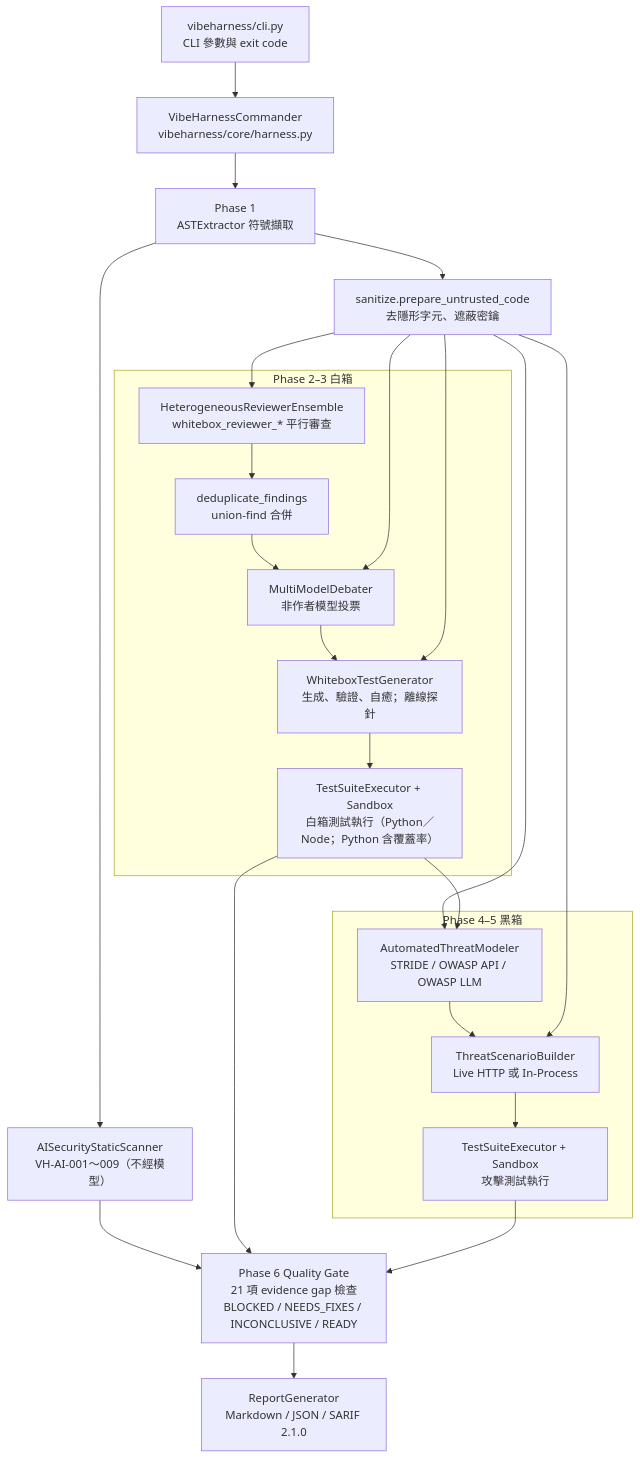
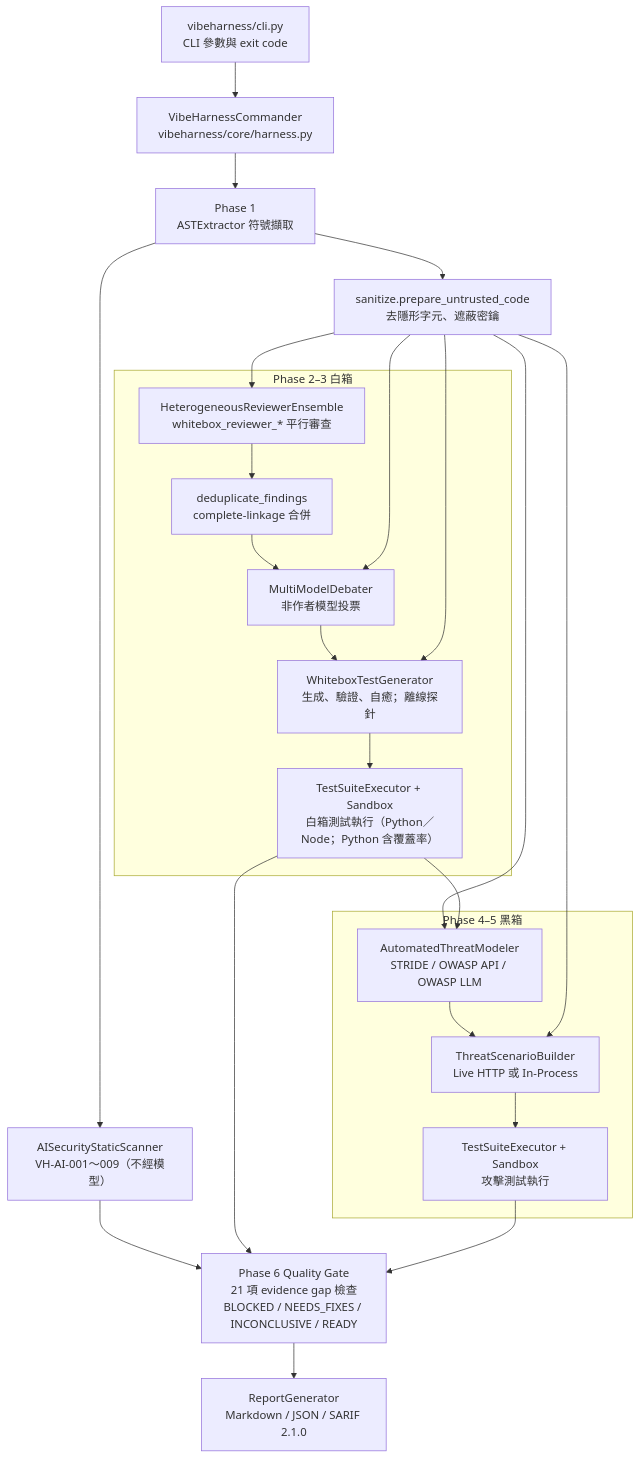
The first of 3 diagrams in docs/design.md (chinchiang/MultiAgentGama), drawn with Mermaid before and after one commit. The commit also changed other lines of this file and 8 other files, not shown here.

````diff
--- a/docs/design.md
+++ b/docs/design.md
@@ -43,34 +43,34 @@
 ```mermaid
 flowchart TD
     CLI["vibeharness/cli.py<br/>CLI 參數與 exit code"] --> CMD["VibeHarnessCommander<br/>vibeharness/core/harness.py"]
     CMD --> P1["Phase 1<br/>ASTExtractor 符號擷取"]
     P1 --> SAST["AISecurityStaticScanner<br/>VH-AI-001～009（不經模型）"]
     P1 --> SAN["sanitize.prepare_untrusted_code<br/>去隱形字元、遮蔽密鑰"]
 
     subgraph WB ["Phase 2–3 白箱"]
         REV["HeterogeneousReviewerEnsemble<br/>whitebox_reviewer_* 平行審查"]
-        DEDUP["deduplicate_findings<br/>union-find 合併"]
+        DEDUP["deduplicate_findings<br/>complete-linkage 合併"]
         DEB["MultiModelDebater<br/>非作者模型投票"]
         GEN["WhiteboxTestGenerator<br/>生成、驗證、自癒；離線探針"]
         EXE1["TestSuiteExecutor + Sandbox<br/>白箱測試執行（Python／Node；Python 含覆蓋率）"]
         REV --> DEDUP --> DEB --> GEN --> EXE1
     end
 
     subgraph BB ["Phase 4–5 黑箱"]
         TM["AutomatedThreatModeler<br/>STRIDE / OWASP API / OWASP LLM"]
         ATK["ThreatScenarioBuilder<br/>Live HTTP 或 In-Process"]
         EXE2["TestSuiteExecutor + Sandbox<br/>攻擊測試執行"]
         TM --> ATK --> EXE2
     end
 
     SAN --> REV
     SAN --> DEB
     SAN --> GEN
     SAN --> TM
     SAN --> ATK
     EXE1 --> TM
     SAST --> GATE
     EXE1 --> GATE
     EXE2 --> GATE["Phase 6 Quality Gate<br/>21 項 evidence gap 檢查<br/>BLOCKED / NEEDS_FIXES / INCONCLUSIVE / READY"]
     GATE --> OUT["ReportGenerator<br/>Markdown / JSON / SARIF 2.1.0"]
 ```
````
